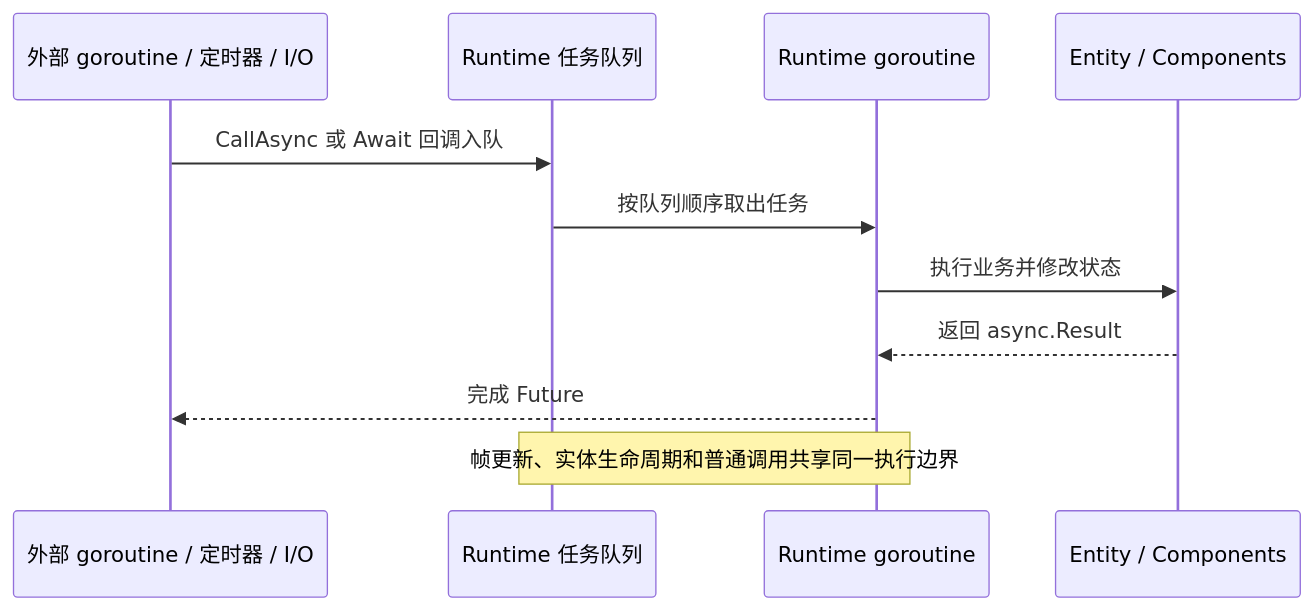
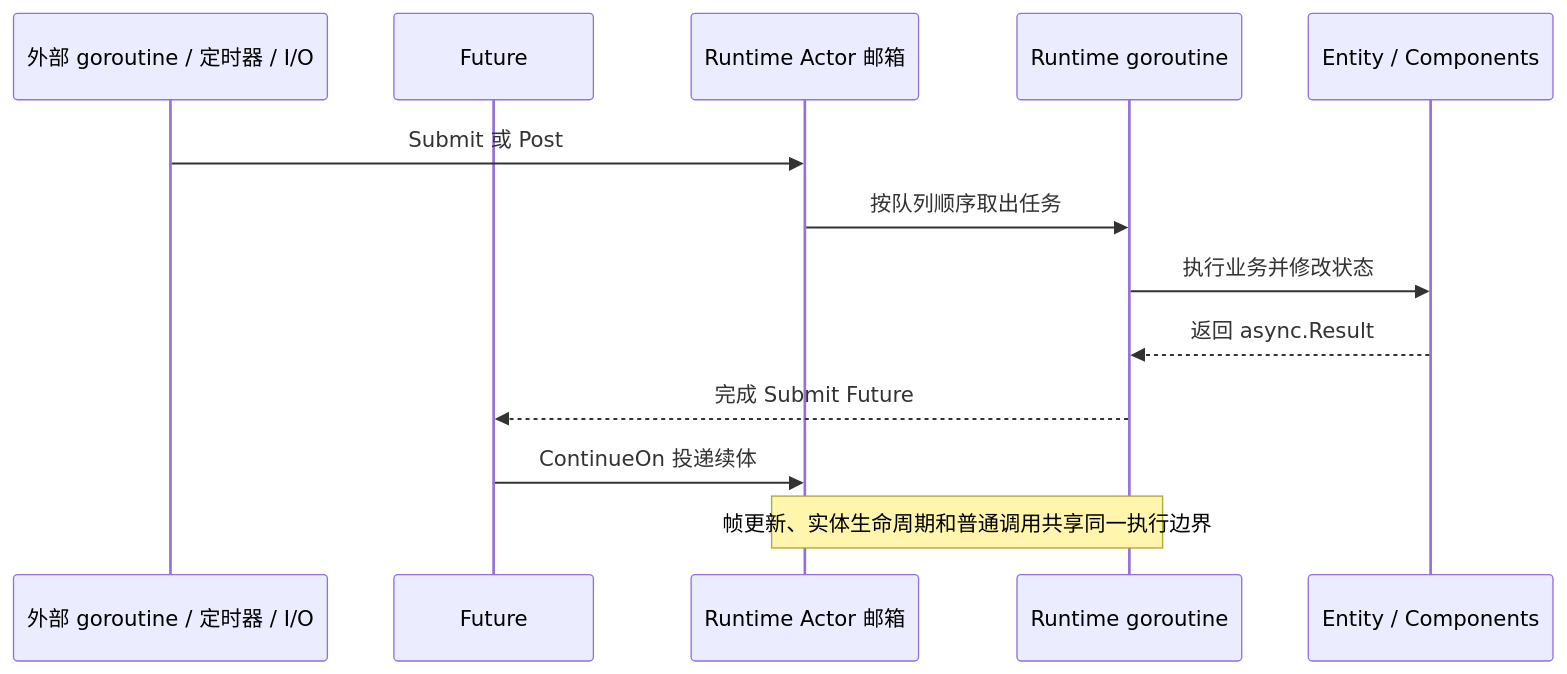
Before and after one commit to pangdogs/core: the second of 3 diagrams in README.zh_CN.md, drawn with Mermaid. The commit also changed other lines of this file and 50 other files, not shown here.

````diff
--- a/README.zh_CN.md
+++ b/README.zh_CN.md
@@ -116,13 +125,15 @@
 ```mermaid
 sequenceDiagram
     participant Source as 外部 goroutine / 定时器 / I/O
-    participant Queue as Runtime 任务队列
+    participant ResultFuture as Future
+    participant Queue as Runtime Actor 邮箱
     participant RuntimeLoop as Runtime goroutine
     participant Model as Entity / Components
-    Source->>Queue: CallAsync 或 Await 回调入队
+    Source->>Queue: Submit 或 Post
     Queue->>RuntimeLoop: 按队列顺序取出任务
     RuntimeLoop->>Model: 执行业务并修改状态
     Model-->>RuntimeLoop: 返回 async.Result
-    RuntimeLoop-->>Source: 完成 Future
+    RuntimeLoop-->>ResultFuture: 完成 Submit Future
+    ResultFuture->>Queue: ContinueOn 投递续体
     Note over Queue,RuntimeLoop: 帧更新、实体生命周期和普通调用共享同一执行边界
 ```
````
